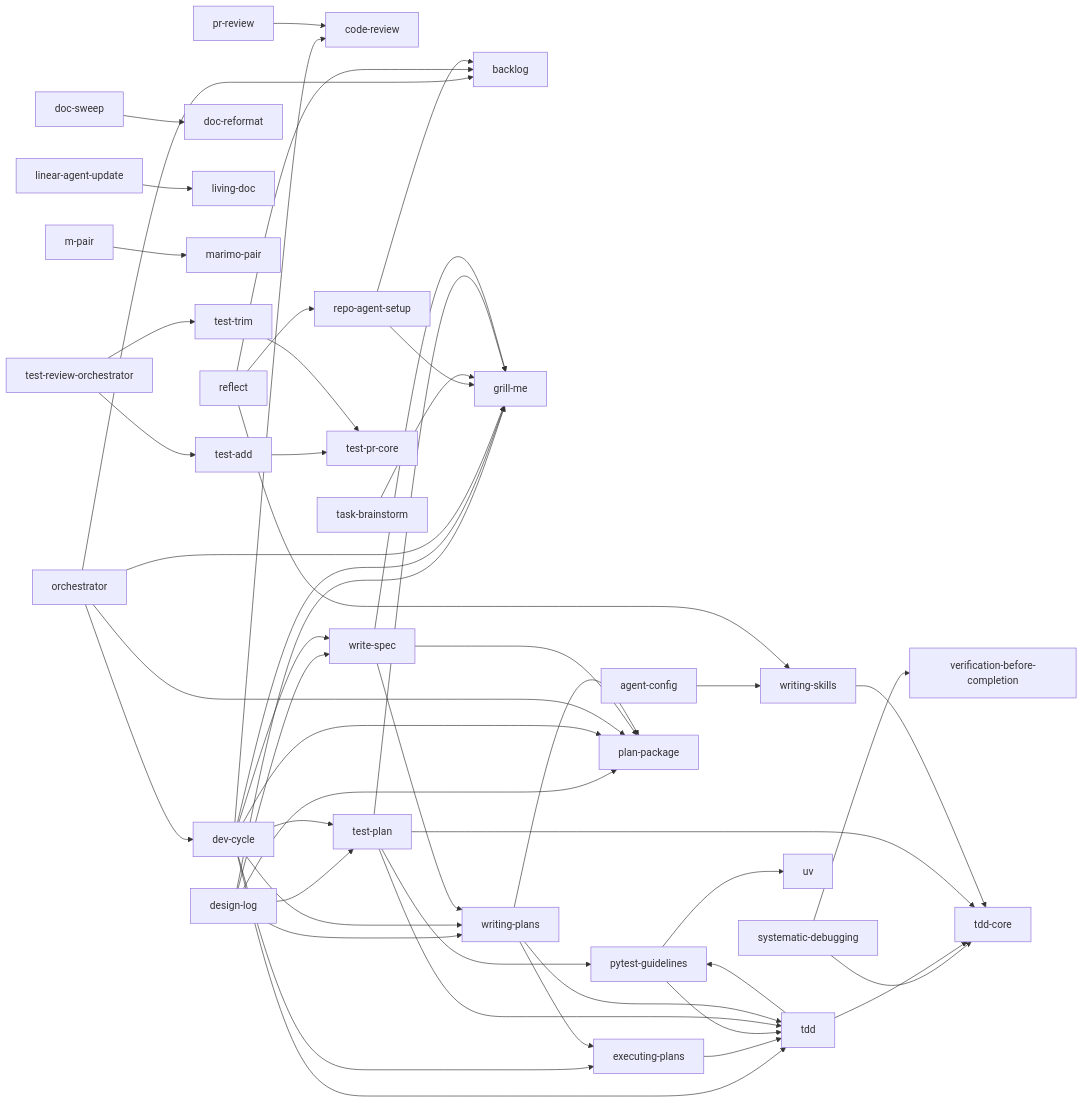
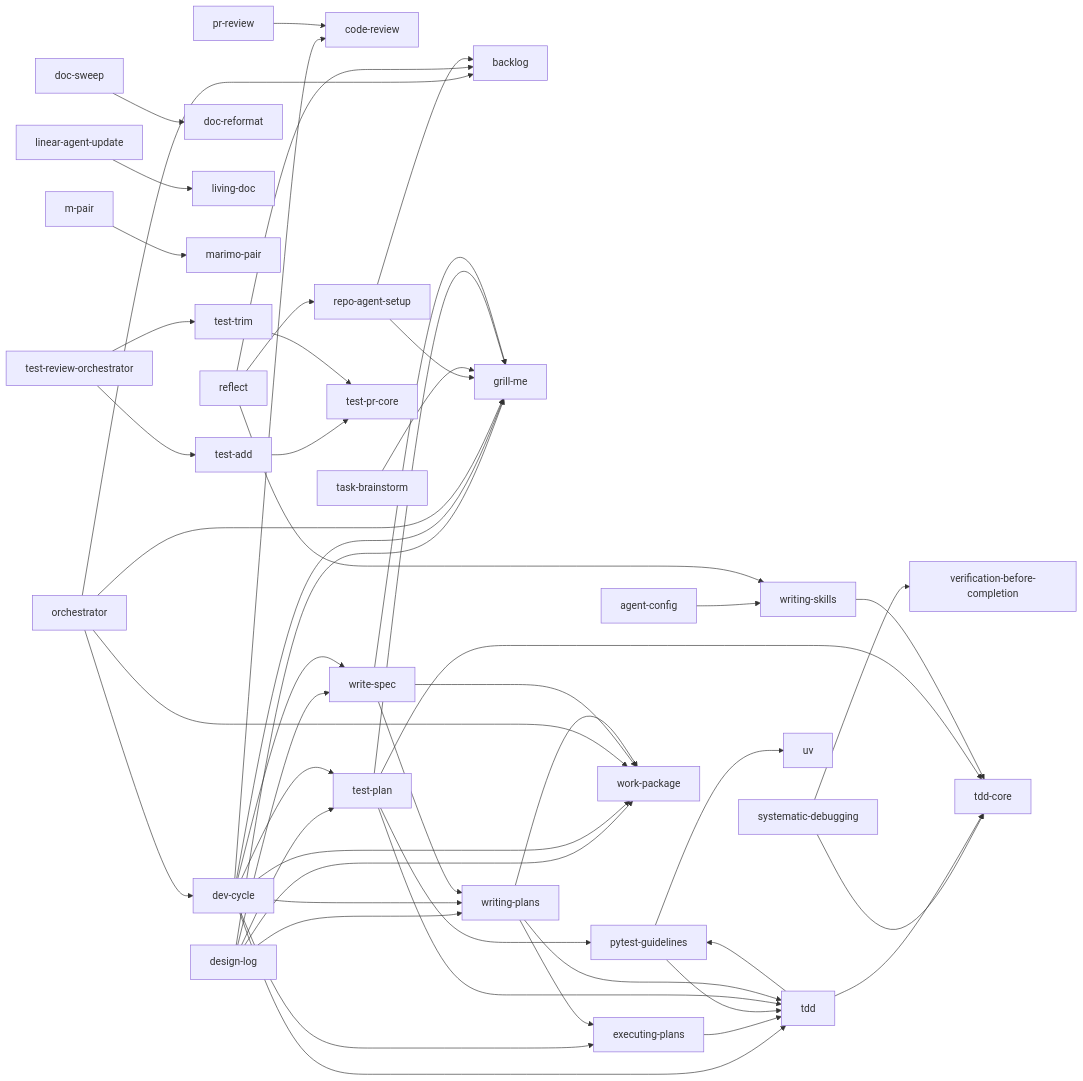
Before and after one commit to Haydeni0/agent-config: the diagram in README.md, drawn with Mermaid. The commit also changed other lines of this file and 14 other files, not shown here.

First line of the commit message:
refactor: rename plan-package to work-package, .agents/plans to .agents/work

````diff
--- a/README.md
+++ b/README.md
@@ -112,7 +112,6 @@
     marimo_pair[marimo-pair]
     %% no_mistakes[no-mistakes]
     orchestrator[orchestrator]
-    plan_package[plan-package]
     %% ponytail[ponytail]
     %% ponytail_help[ponytail-help]
     %% ponytail_review[ponytail-review]
@@ -138,6 +137,7 @@
     uv[uv]
     verification_before_completion[verification-before-completion]
     %% visual_explainer[visual-explainer]
+    work_package[work-package]
     %% worktrunk[worktrunk]
     write_spec[write-spec]
     writing_plans[writing-plans]
@@ -148,7 +148,7 @@
     design_log --> test_plan
     design_log --> write_spec
     design_log --> writing_plans
-    design_log --> plan_package
+    design_log --> work_package
     dev_cycle --> grill_me
     dev_cycle --> test_plan
     dev_cycle --> write_spec
@@ -156,7 +156,7 @@
     dev_cycle --> executing_plans
     dev_cycle --> tdd
     dev_cycle --> code_review
-    dev_cycle --> plan_package
+    dev_cycle --> work_package
     doc_sweep --> doc_reformat
     executing_plans --> tdd
     linear_agent_update --> living_doc
@@ -164,7 +164,7 @@
     orchestrator --> grill_me
     orchestrator --> backlog
     orchestrator --> dev_cycle
-    orchestrator --> plan_package
+    orchestrator --> work_package
     pr_review --> code_review
     pytest_guidelines --> uv
     pytest_guidelines --> tdd
@@ -188,9 +188,9 @@
     test_trim --> test_pr_core
     write_spec --> grill_me
     write_spec --> writing_plans
-    write_spec --> plan_package
+    write_spec --> work_package
     writing_plans --> tdd
     writing_plans --> executing_plans
-    writing_plans --> plan_package
+    writing_plans --> work_package
     writing_skills --> tdd_core
 ```
````
